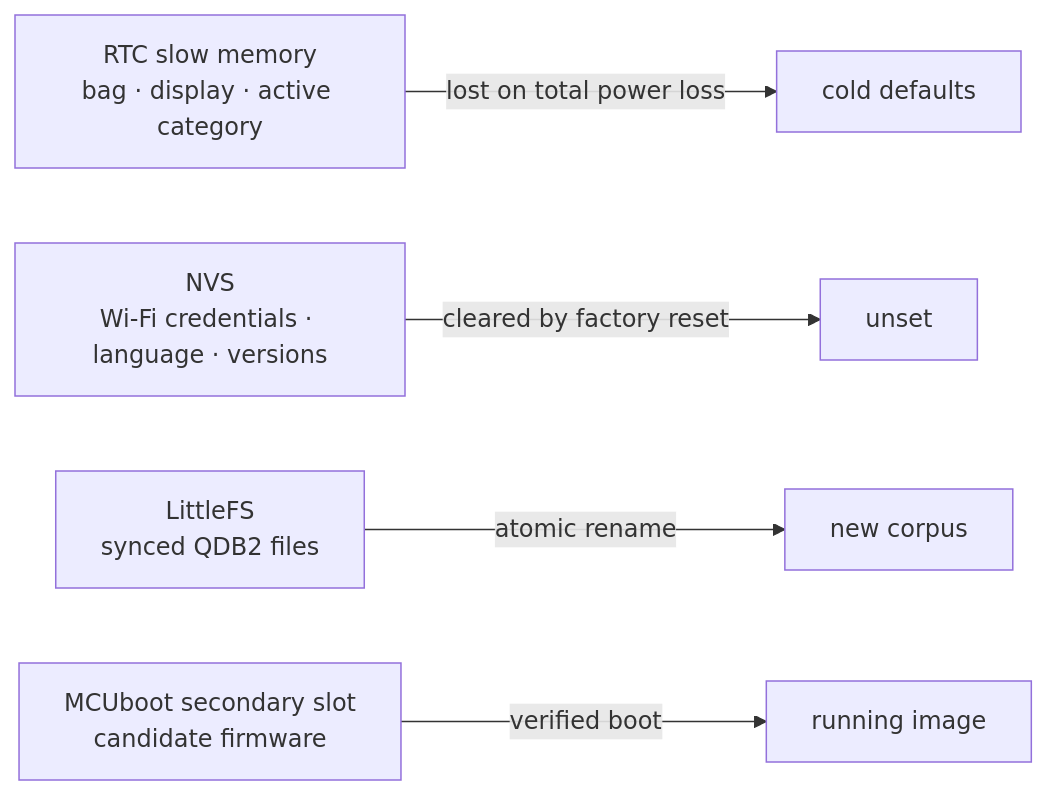
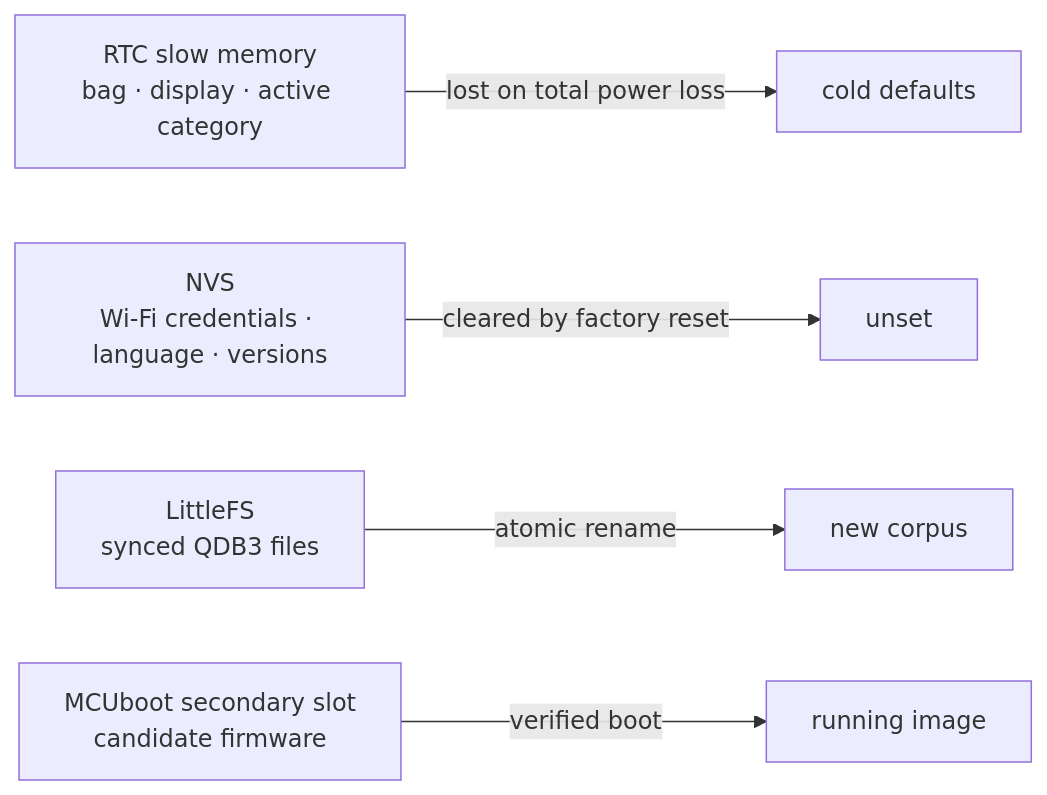
One commit to giacomomellone/cicala changed the eighth of 9 diagrams in docs/firmware_architecture.md. Above: the diagram before and after it, drawn with Mermaid. The commit also changed other lines of this file and 15 other files, not shown here.

````diff
--- a/docs/firmware_architecture.md
+++ b/docs/firmware_architecture.md
@@ -354,7 +362,7 @@
 ```mermaid
 flowchart LR
     RTC[RTC slow memory<br/>bag · display · active category] -->|lost on total power loss| COLD[cold defaults]
     NVS[NVS<br/>Wi-Fi credentials · language · versions] -->|cleared by factory reset| EMPTY[unset]
-    LFS[LittleFS<br/>synced QDB2 files] -->|atomic rename| NEW[new corpus]
+    LFS[LittleFS<br/>synced QDB3 files] -->|atomic rename| NEW[new corpus]
     SLOT[MCUboot secondary slot<br/>candidate firmware] -->|verified boot| APP[running image]
 ```
````
